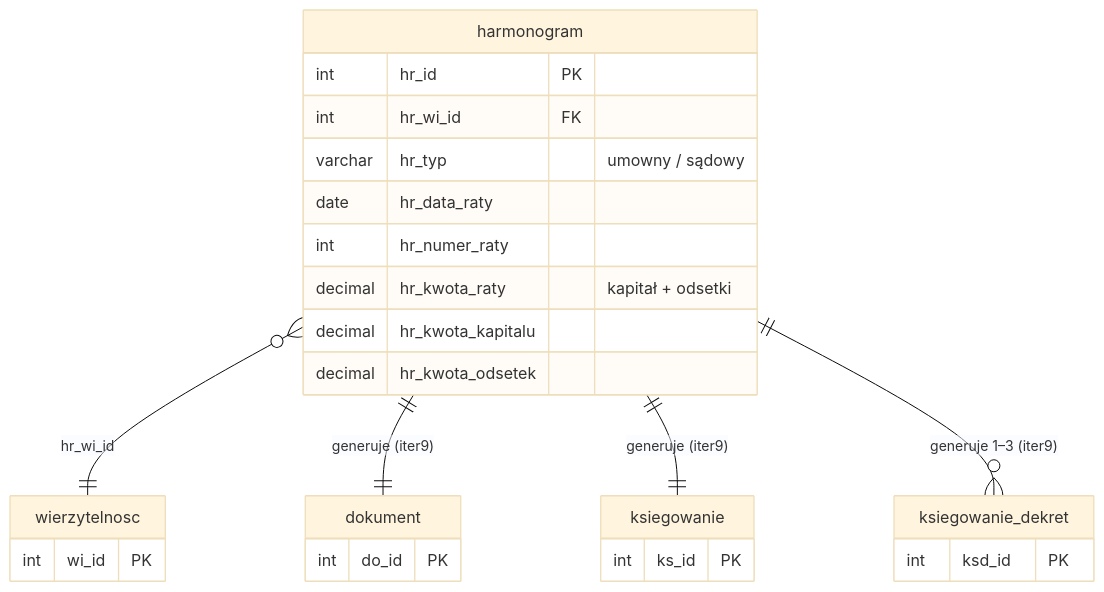
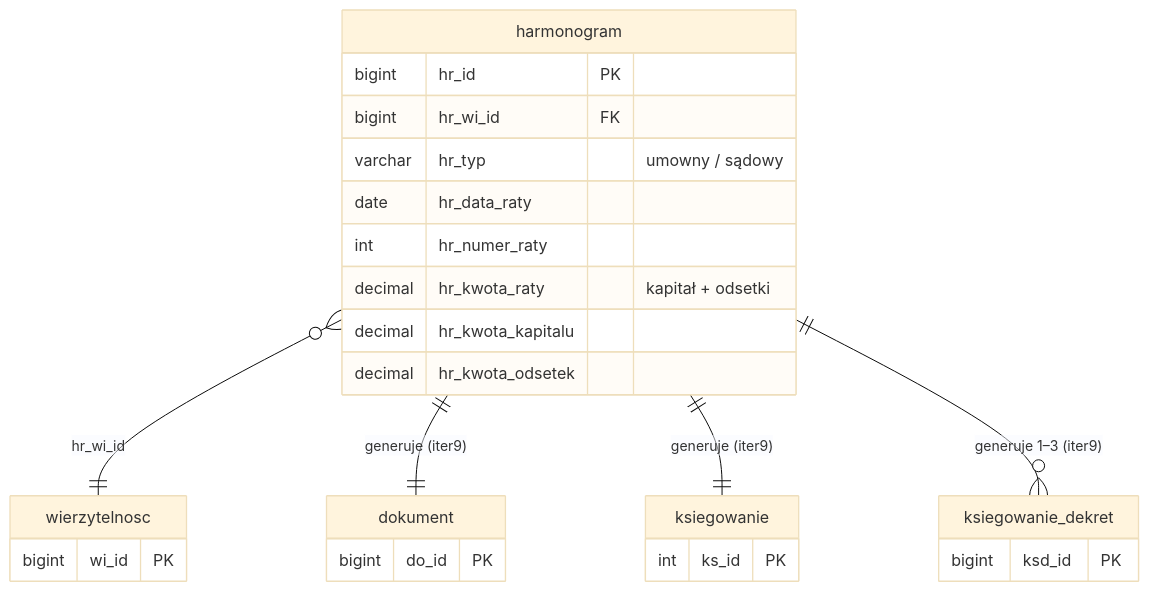
The diagram in docs/struktura-stagingu/harmonogram.md (oskar-bialek-bakk/intrum-migration-docs), drawn with Mermaid (base theme) before and after one commit. The commit also changed other lines of this file and 12 other files, not shown here.

````diff
--- a/docs/struktura-stagingu/harmonogram.md
+++ b/docs/struktura-stagingu/harmonogram.md
@@ -22,34 +22,34 @@
 ```mermaid
 erDiagram
     wierzytelnosc {
-        int     wi_id     PK
+        bigint  wi_id     PK
     }
 
     dokument {
-        int     do_id     PK
+        bigint  do_id     PK
     }
 
     ksiegowanie {
         int     ks_id     PK
     }
 
     ksiegowanie_dekret {
-        int     ksd_id    PK
+        bigint  ksd_id    PK
     }
 
     harmonogram {
-        int      hr_id              PK
-        int      hr_wi_id           FK
+        bigint   hr_id              PK
+        bigint   hr_wi_id           FK
         varchar  hr_typ                    "umowny / sądowy"
         date     hr_data_raty
         int      hr_numer_raty
         decimal  hr_kwota_raty             "kapitał + odsetki"
         decimal  hr_kwota_kapitalu
         decimal  hr_kwota_odsetek
     }
 
     harmonogram }o--||  wierzytelnosc       : "hr_wi_id"
     harmonogram ||--||  dokument            : "generuje (iter9)"
     harmonogram ||--||  ksiegowanie         : "generuje (iter9)"
     harmonogram ||--o{  ksiegowanie_dekret  : "generuje 1–3 (iter9)"
 ```
````
